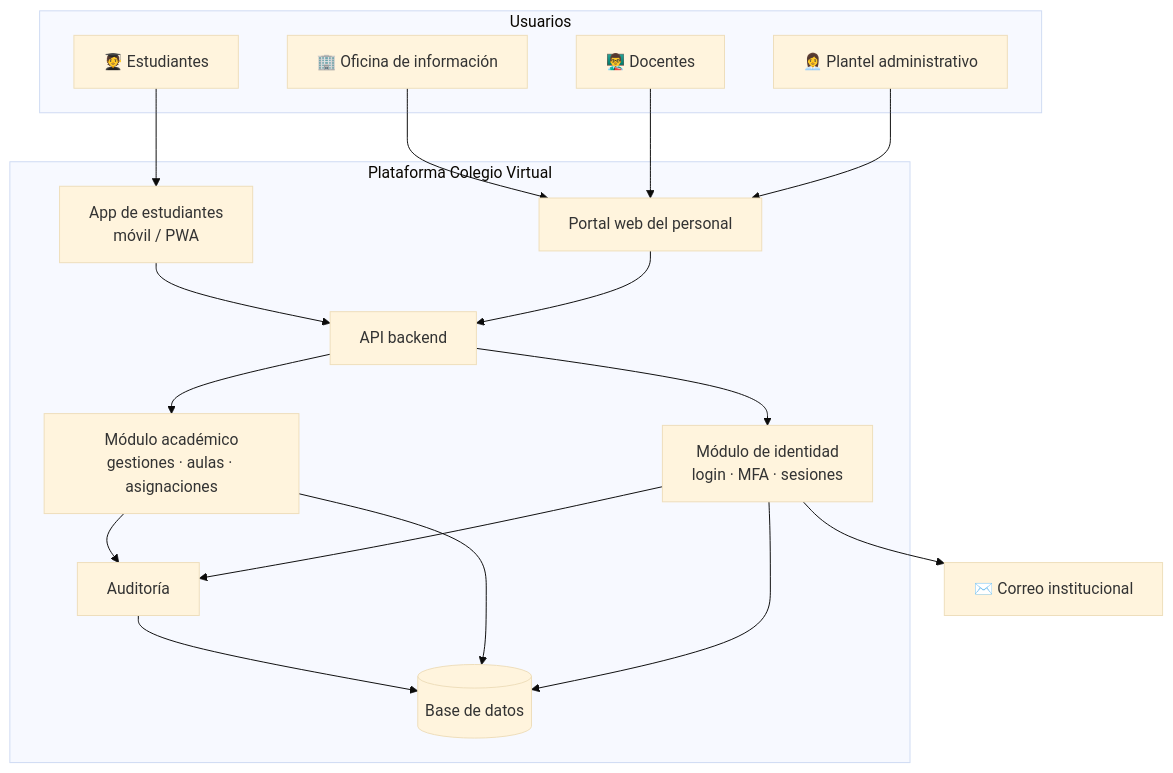
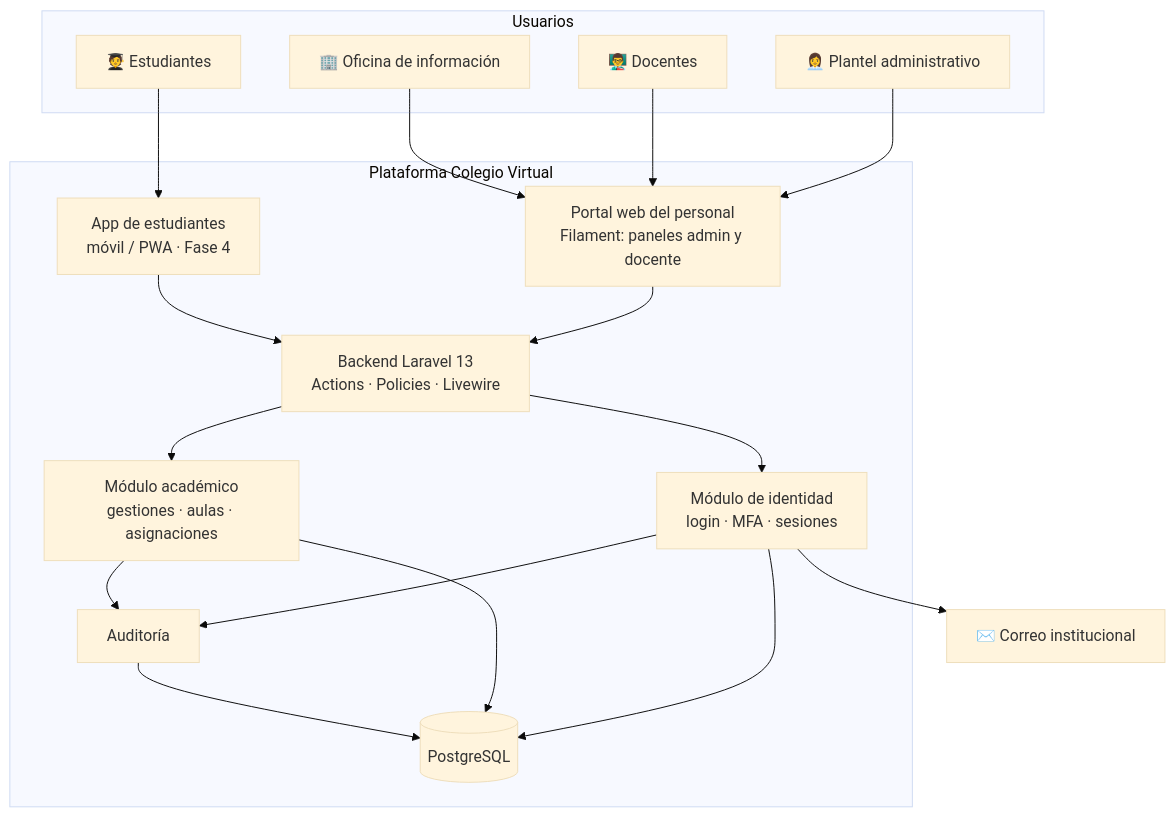
One commit to tiawanaku/piloto_boliviano_suizo changed the diagram in 05-Arquitectura/Vision de arquitectura.md. Above: the diagram before and after it, drawn with Mermaid (base theme). The commit also changed other lines of this file and 45 other files, not shown here.

````diff
--- a/05-Arquitectura/Vision de arquitectura.md
+++ b/05-Arquitectura/Vision de arquitectura.md
@@ -12,33 +12,33 @@
 ```mermaid
 flowchart TB
     subgraph Usuarios
         P[👩‍💼 Plantel administrativo]
         D[👨‍🏫 Docentes]
         E[🧑‍🎓 Estudiantes]
         O[🏢 Oficina de información]
     end
     subgraph Plataforma["Plataforma Colegio Virtual"]
-        WEB[Portal web del personal]
-        APP[App de estudiantes<br/>móvil / PWA]
-        API[API backend]
+        WEB[Portal web del personal<br/>Filament: paneles admin y docente]
+        APP[App de estudiantes<br/>móvil / PWA · Fase 4]
+        API[Backend Laravel 13<br/>Actions · Policies · Livewire]
         AUTH[Módulo de identidad<br/>login · MFA · sesiones]
         ACAD[Módulo académico<br/>gestiones · aulas · asignaciones]
         AUD[Auditoría]
-        DB[(Base de datos)]
+        DB[(PostgreSQL)]
     end
     MAIL[✉️ Correo institucional]
     P --> WEB
     D --> WEB
     O --> WEB
     E --> APP
     WEB --> API
     APP --> API
     API --> AUTH
     API --> ACAD
     AUTH --> AUD
     ACAD --> AUD
     AUTH --> DB
     ACAD --> DB
     AUD --> DB
     AUTH --> MAIL
 ```
````
